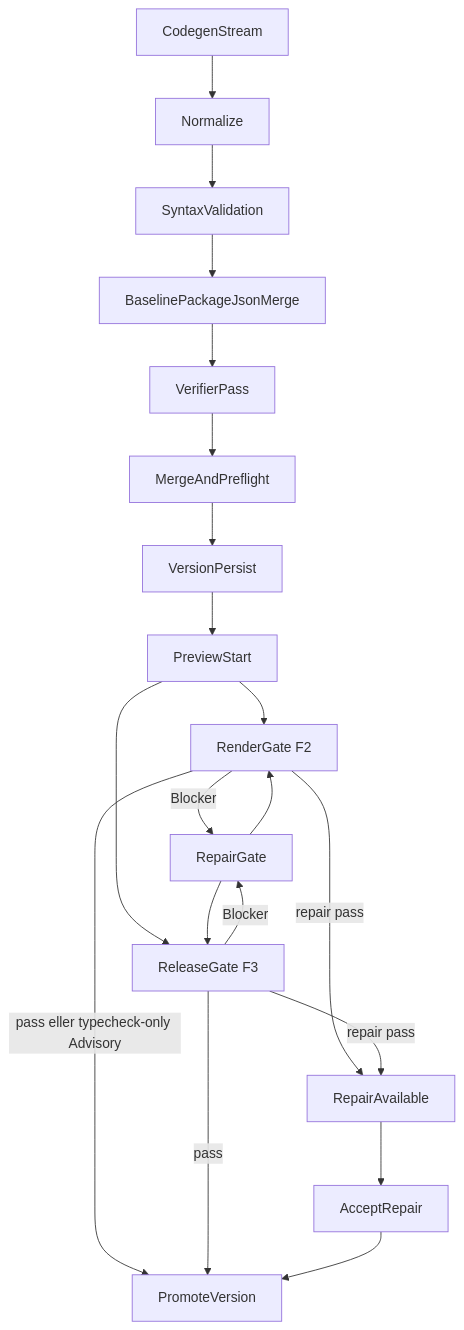
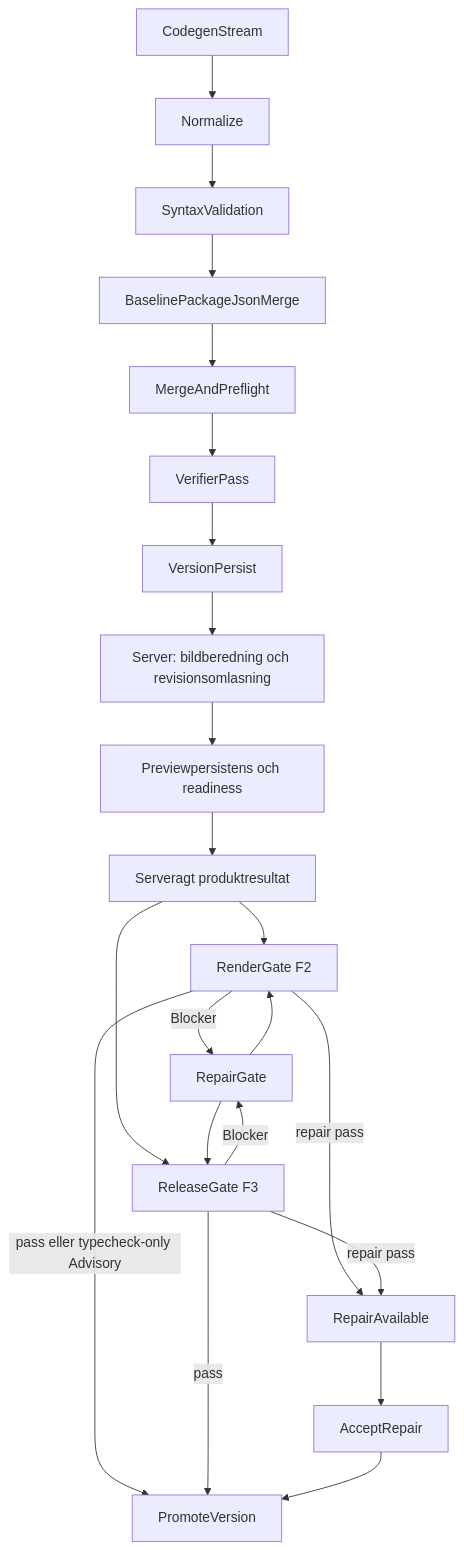
One commit to Jakeminator123/sajtmaskin changed the diagram in docs/architecture/quality-gate-flow.md. Above: the diagram before and after it, drawn with Mermaid. The commit also changed other lines of this file and 203 other files, not shown here.

````diff
--- a/docs/architecture/quality-gate-flow.md
+++ b/docs/architecture/quality-gate-flow.md
@@ -141,22 +144,24 @@
 ```mermaid
 flowchart TD
     codegen[CodegenStream] --> normalize[Normalize]
     normalize --> syntax[SyntaxValidation]
     syntax --> mergedPkg[BaselinePackageJsonMerge]
-    mergedPkg --> verifier[VerifierPass]
-    verifier --> preflight[MergeAndPreflight]
-    preflight --> persist[VersionPersist]
-    persist --> preview[PreviewStart]
-    preview --> renderGate[RenderGate F2]
-    preview --> releaseGate[ReleaseGate F3]
+    mergedPkg --> preflight[MergeAndPreflight]
+    preflight --> verifier[VerifierPass]
+    verifier --> persist[VersionPersist]
+    persist --> prepare[Server: bildberedning och revisionsomlasning]
+    prepare --> preview[Previewpersistens och readiness]
+    preview --> product[Serveragt produktresultat]
+    product --> renderGate[RenderGate F2]
+    product --> releaseGate[ReleaseGate F3]
     renderGate -->|pass eller typecheck-only Advisory| promoted[PromoteVersion]
     renderGate -->|Blocker| repair[RepairGate]
     releaseGate -->|pass| promoted
     releaseGate -->|Blocker| repair
     repair --> renderGate
     repair --> releaseGate
     renderGate -->|repair pass| repairAvailable[RepairAvailable]
     releaseGate -->|repair pass| repairAvailable
     repairAvailable --> acceptRepair[AcceptRepair]
     acceptRepair --> promoted
 ```
````
